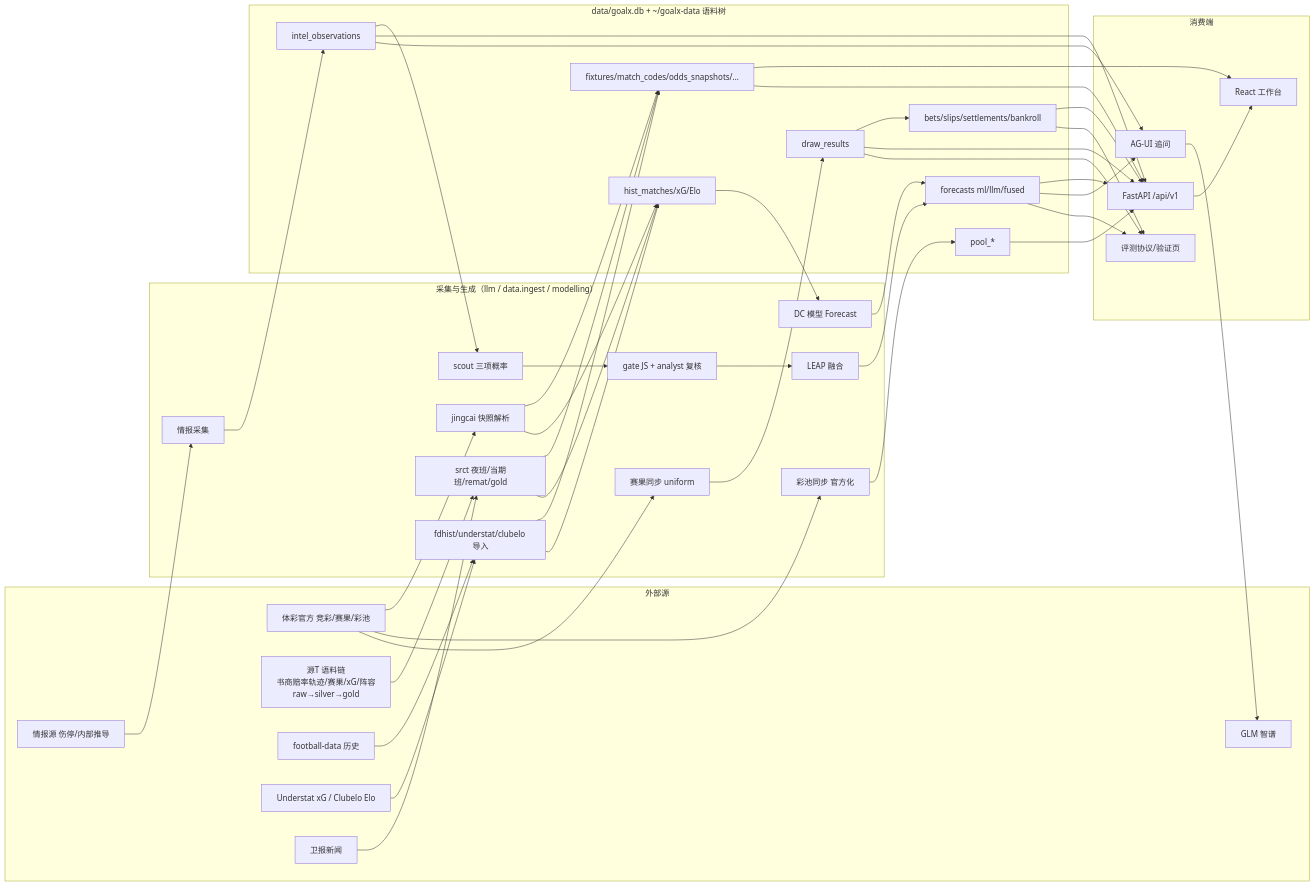
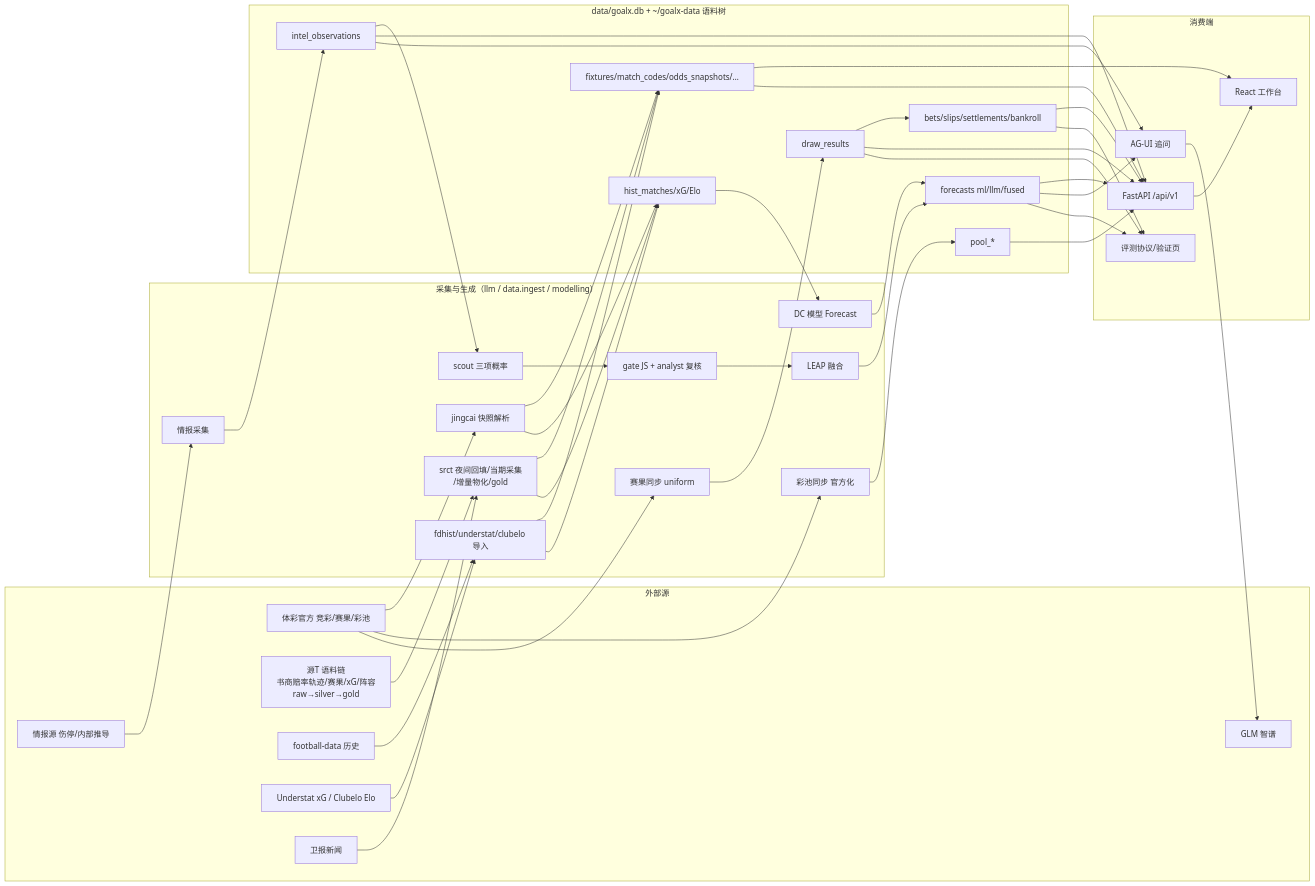
One commit to cosmos-arc/goalx changed the diagram in docs/data-flow.md. Above: the diagram before and after it, drawn with Mermaid. The commit also changed other lines of this file and 6 other files, not shown here.

````diff
--- a/docs/data-flow.md
+++ b/docs/data-flow.md
@@ -9,59 +9,60 @@
 ```mermaid
 flowchart LR
     subgraph 外部源
         SP[体彩官方 竞彩/赛果/彩池]
         SRCT[源T 语料链\n书商赔率轨迹/赛果/xG/阵容\nraw→silver→gold]
         FD[football-data 历史]
         US[Understat xG / Clubelo Elo]
         GA[卫报新闻]
         IN[情报源 伤停/内部推导]
         GLM[GLM 智谱]
     end
 
     subgraph 采集与生成["采集与生成（llm / data.ingest / modelling）"]
         C1[jingcai 快照解析]
-        C2[ srct 夜班/当期班/remat/gold]
+        C2[ srct 夜间回填/当期采集
+/增量物化/gold]
         C3[fdhist/understat/clubelo 导入]
         C4[彩池同步 官方化]
         C5[赛果同步 uniform]
         C6[情报采集]
         SC[scout 三项概率]
         GA2[gate JS + analyst 复核]
         FU[LEAP 融合]
         DC[DC 模型 Forecast]
     end
 
     subgraph SQLite["data/goalx.db + ~/goalx-data 语料树"]
         T1[fixtures/match_codes/odds_snapshots/…]
         T2[hist_matches/xG/Elo]
         T3[pool_*]
         T4[intel_observations]
         T5[forecasts ml/llm/fused]
         T6[draw_results]
         T7[bets/slips/settlements/bankroll]
     end
 
     subgraph 消费端
         API[FastAPI /api/v1]
         UI[React 工作台]
         AG[AG-UI 追问]
         EV[评测协议/验证页]
     end
 
     SP --> C1 & C4 & C5
     SRCT --> C2
     FD & US --> C3
     GA --> C2
     C1 & C2 & C3 --> T1 & T2
     C4 --> T3
     C5 --> T6
     IN --> C6 --> T4
     T4 --> SC --> GA2 --> FU
     T2 --> DC --> T5
     FU --> T5
     T1 --> UI
     T6 --> T7
     T1 & T3 & T4 & T5 & T6 & T7 --> API --> UI
     T4 & T5 --> AG --> GLM
     T5 & T6 & T7 --> EV
 ```
````
